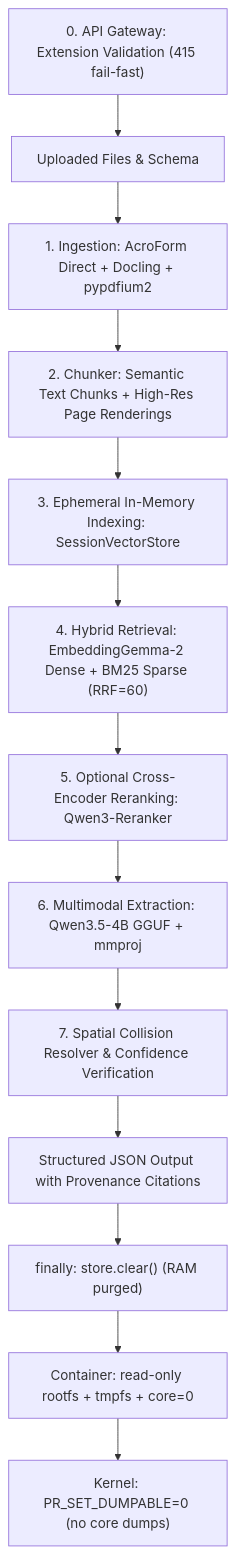
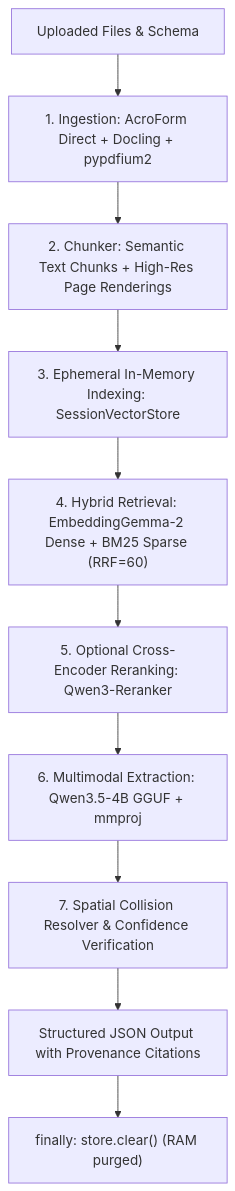
Before and after one commit to N4YuC4/DocNeedle: the diagram in README.md, drawn with Mermaid. The commit also changed other lines of this file, not shown here.

Commit message:
docs(readme): restore pure dataflow flowchart and align reranker and GPU defaults with config.toml

````diff
--- a/README.md
+++ b/README.md
@@ -287,15 +287,12 @@
 ```mermaid
 flowchart TD
-    Z["0. API Gateway: Extension Validation (415 fail-fast)"] --> A
     A["Uploaded Files & Schema"] --> B["1. Ingestion: AcroForm Direct + Docling + pypdfium2"]
     B --> C["2. Chunker: Semantic Text Chunks + High-Res Page Renderings"]
     C --> D["3. Ephemeral In-Memory Indexing: SessionVectorStore"]
     D --> E["4. Hybrid Retrieval: EmbeddingGemma-2 Dense + BM25 Sparse (RRF=60)"]
     E --> F["5. Optional Cross-Encoder Reranking: Qwen3-Reranker"]
     F --> G["6. Multimodal Extraction: Qwen3.5-4B GGUF + mmproj"]
     G --> H["7. Spatial Collision Resolver & Confidence Verification"]
     H --> I["Structured JSON Output with Provenance Citations"]
     I --> J["finally: store.clear() (RAM purged)"]
-    J --> K["Container: read-only rootfs + tmpfs + core=0"]
-    K --> L["Kernel: PR_SET_DUMPABLE=0 (no core dumps)"]
 ```
````
